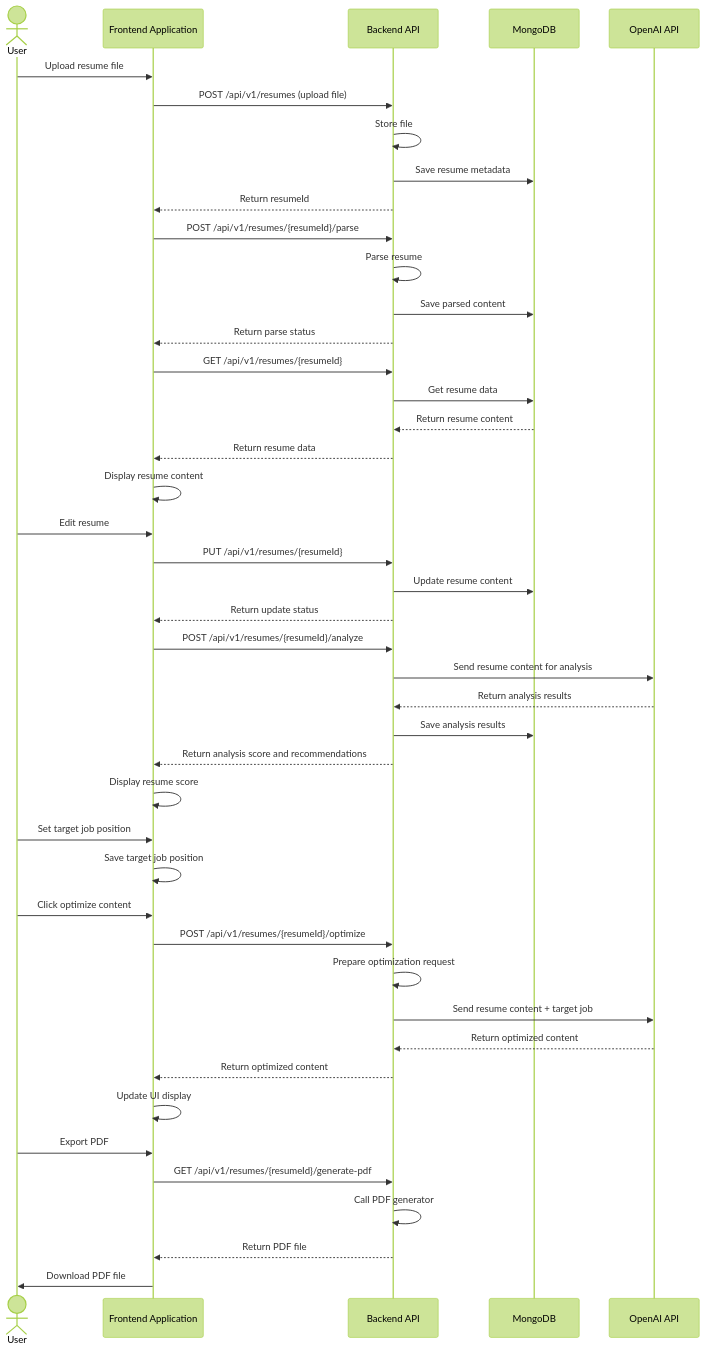
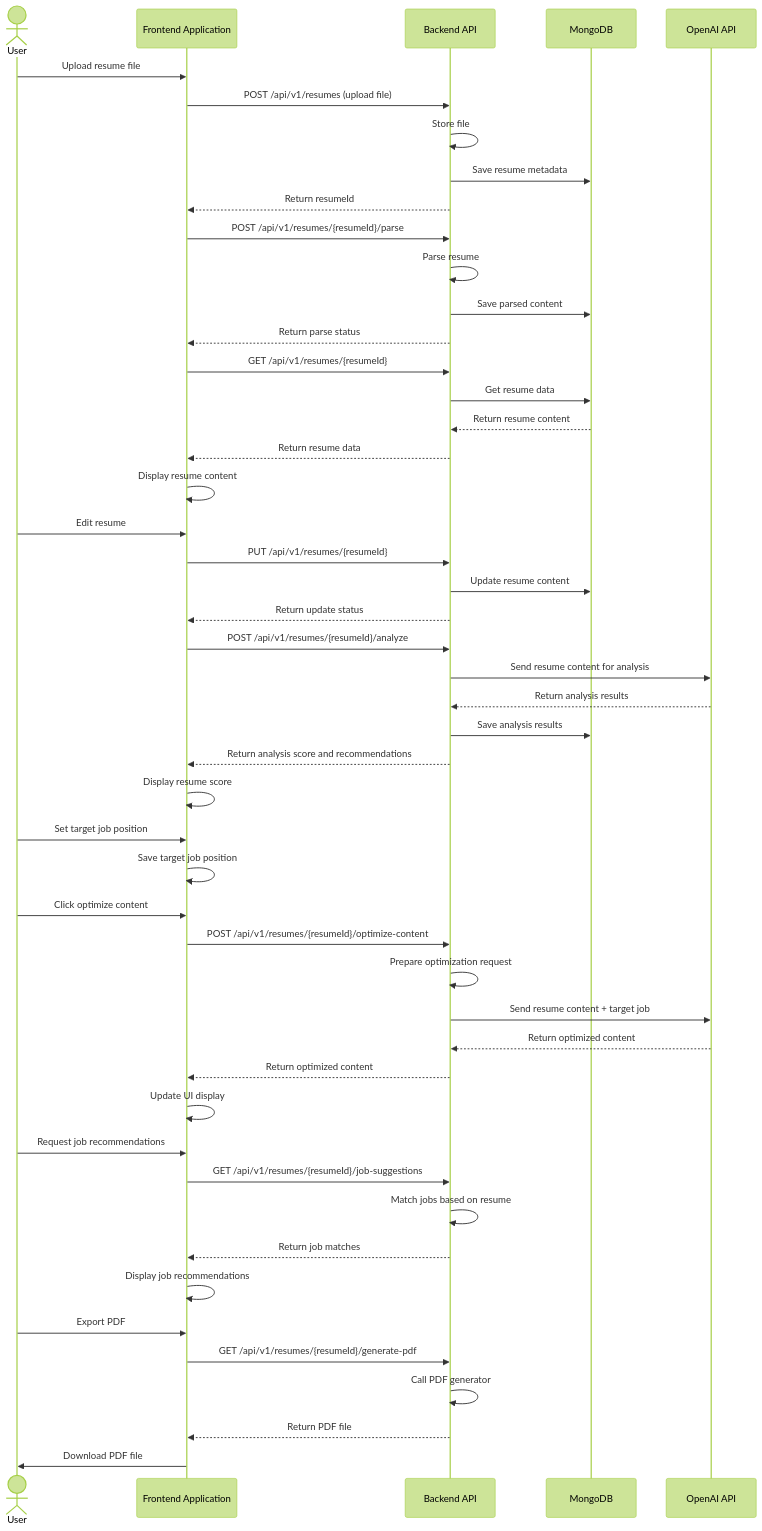
The sixth of 12 diagrams in project_flow_diagram.md (QiushiZhou/resumeAPI), drawn with Mermaid (forest theme) before and after one commit. The commit also changed other lines of this file and 3 other files, not shown here.

Commit message:
feat: update project flow diagram with API documentation and add job search page

````diff
--- a/project_flow_diagram.md
+++ b/project_flow_diagram.md
@@ -60,54 +206,60 @@
 ```mermaid
 sequenceDiagram
     actor User as User
     participant FE as Frontend Application
     participant BE as Backend API
     participant DB as MongoDB
     participant AI as OpenAI API
     
     User->>FE: Upload resume file
     FE->>BE: POST /api/v1/resumes (upload file)
     BE->>BE: Store file
     BE->>DB: Save resume metadata
     BE-->>FE: Return resumeId
     
     FE->>BE: POST /api/v1/resumes/{resumeId}/parse
     BE->>BE: Parse resume
     BE->>DB: Save parsed content
     BE-->>FE: Return parse status
     
     FE->>BE: GET /api/v1/resumes/{resumeId}
     BE->>DB: Get resume data
     DB-->>BE: Return resume content
     BE-->>FE: Return resume data
     FE->>FE: Display resume content
     
     User->>FE: Edit resume
     FE->>BE: PUT /api/v1/resumes/{resumeId}
     BE->>DB: Update resume content
     BE-->>FE: Return update status
     
     FE->>BE: POST /api/v1/resumes/{resumeId}/analyze
     BE->>AI: Send resume content for analysis
     AI-->>BE: Return analysis results
     BE->>DB: Save analysis results
     BE-->>FE: Return analysis score and recommendations
     FE->>FE: Display resume score
     
     User->>FE: Set target job position
     FE->>FE: Save target job position
     
     User->>FE: Click optimize content
-    FE->>BE: POST /api/v1/resumes/{resumeId}/optimize
+    FE->>BE: POST /api/v1/resumes/{resumeId}/optimize-content
     BE->>BE: Prepare optimization request
     BE->>AI: Send resume content + target job
     AI-->>BE: Return optimized content
     BE-->>FE: Return optimized content
     FE->>FE: Update UI display
+    
+    User->>FE: Request job recommendations
+    FE->>BE: GET /api/v1/resumes/{resumeId}/job-suggestions
+    BE->>BE: Match jobs based on resume
+    BE-->>FE: Return job matches
+    FE->>FE: Display job recommendations
     
     User->>FE: Export PDF
     FE->>BE: GET /api/v1/resumes/{resumeId}/generate-pdf
     BE->>BE: Call PDF generator
     BE-->>FE: Return PDF file
     FE->>User: Download PDF file
 ```
````
